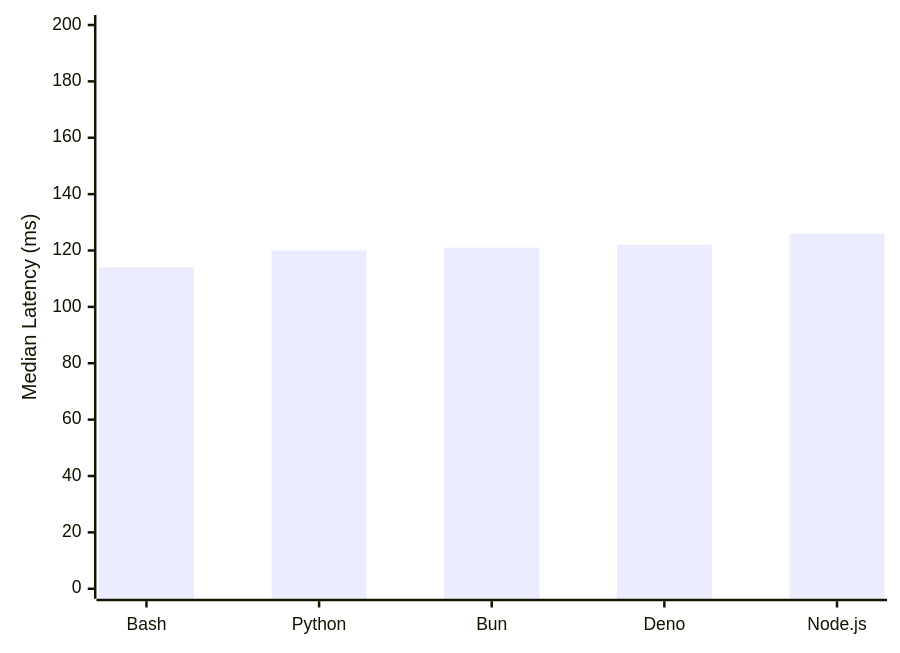
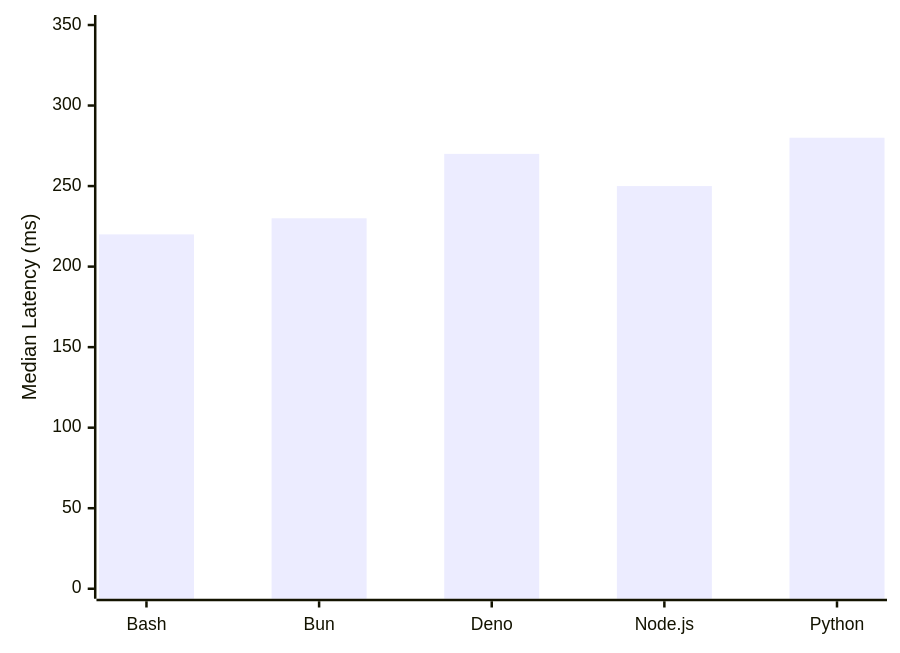
Before and after one commit to Illusion47586/isol8: the first of 4 diagrams in docs/benchmarks.mdx, drawn with Mermaid. The commit also changed other lines of this file, not shown here.

````diff
--- a/docs/benchmarks.mdx
+++ b/docs/benchmarks.mdx
@@ -54,14 +54,14 @@
 ```mermaid
 ---
 config:
   xyChart:
     xAxis:
       label: "Runtime"
     yAxis:
       label: "Median Latency (ms)"
 ---
 xychart-beta
-    x-axis ["Bash", "Python", "Bun", "Deno", "Node.js"]
-    y-axis "Median Latency (ms)" 0 --> 200
-    bar [114, 120, 121, 122, 126]
+    x-axis ["Bash", "Bun", "Deno", "Node.js", "Python"]
+    y-axis "Median Latency (ms)" 0 --> 350
+    bar [220, 230, 270, 250, 280]
 ```
````
